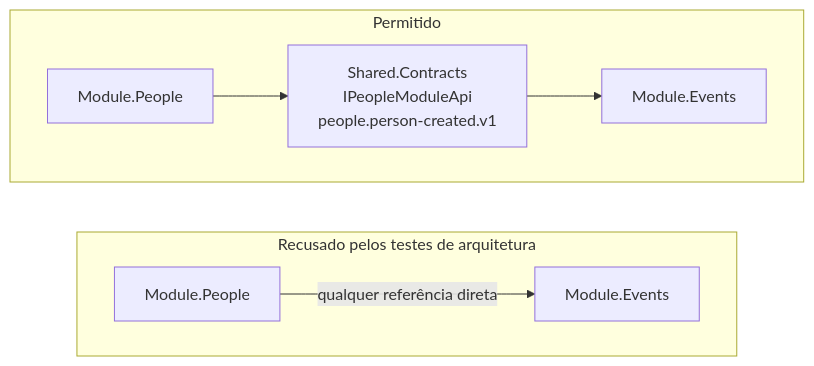
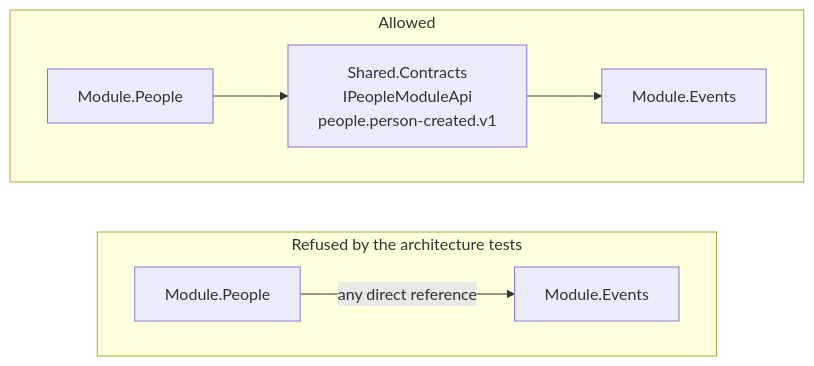
One commit to thiagocorreanet/dotnet-standards-template changed the second of 4 diagrams in README.md. Above: the diagram before and after it, drawn with Mermaid. The commit also changed other lines of this file and 3 other files, not shown here.

````diff
--- a/README.md
+++ b/README.md
@@ -48,12 +48,12 @@
 ```mermaid
 flowchart TB
-    subgraph allowed["Permitido"]
+    subgraph allowed["Allowed"]
         direction LR
         P1["Module.People"] --> K["Shared.Contracts<br/>IPeopleModuleApi<br/>people.person-created.v1"] --> E1["Module.Events"]
     end
-    subgraph blocked["Recusado pelos testes de arquitetura"]
+    subgraph blocked["Refused by the architecture tests"]
         direction LR
-        P2["Module.People"] -->|"qualquer referência direta"| E2["Module.Events"]
+        P2["Module.People"] -->|"any direct reference"| E2["Module.Events"]
     end
     allowed ~~~ blocked
 ```
````
